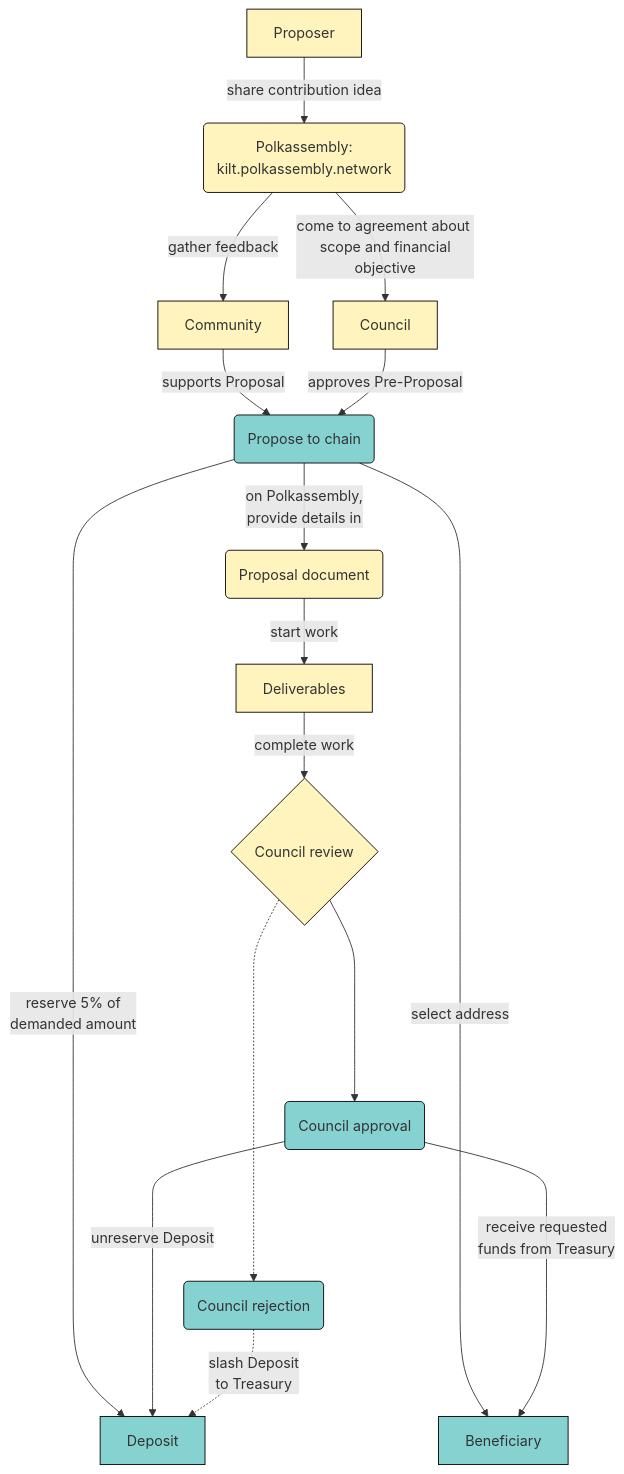
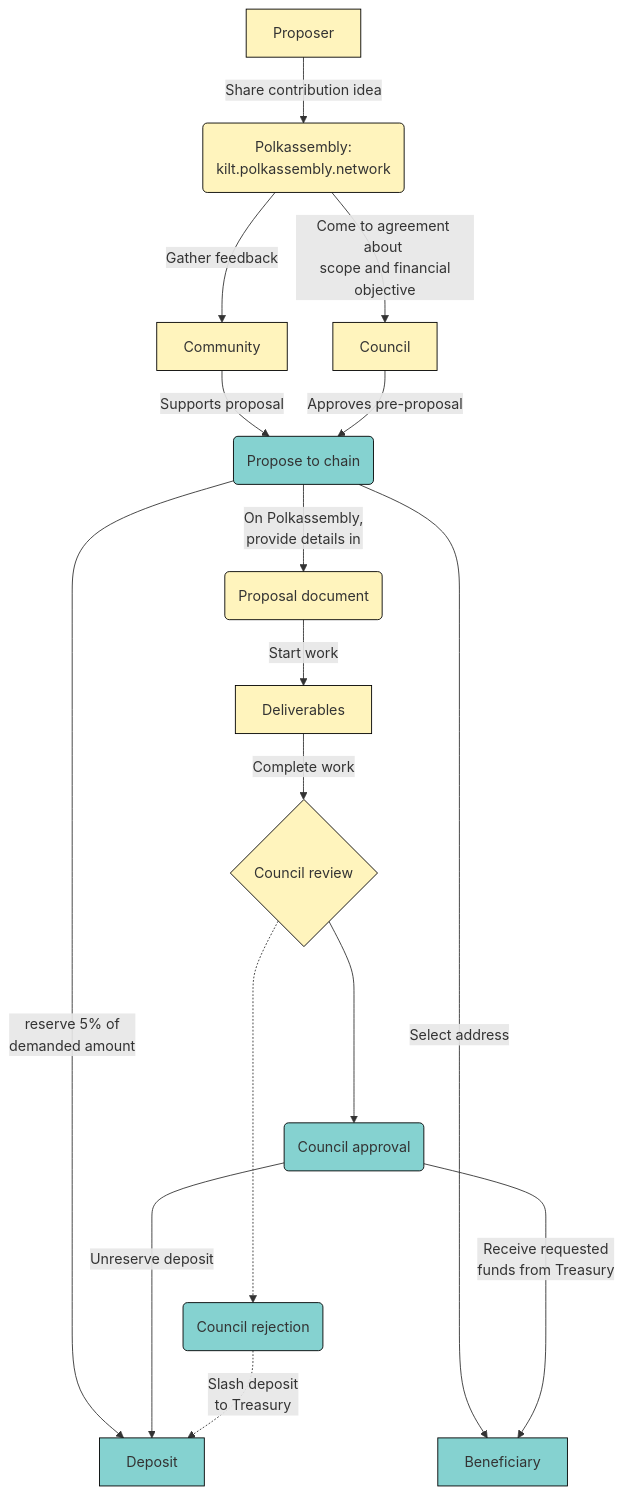
The diagram in docs/participate/03_treasury_proposal.md (KILTprotocol/docs), drawn with Mermaid before and after one commit. The commit also changed other lines of this file and 30 other files, not shown here.

````diff
--- a/docs/participate/03_treasury_proposal.md
+++ b/docs/participate/03_treasury_proposal.md
@@ -69,37 +69,37 @@
 ```mermaid
 flowchart TD
     %% nodes
-    Proposer --> |"share contribution idea"|Discuss("Polkassembly: \n kilt.polkassembly.network")
-    Discuss --> |"gather feedback"|Community
-    Discuss --> |"come to agreement about \n scope and financial objective"|Council
-    Community --> |"supports Proposal"|Propose("Propose to chain")
-    Council --> |"approves Pre-Proposal"|Propose
+    Proposer --> |"Share contribution idea"|Discuss("Polkassembly: \n kilt.polkassembly.network")
+    Discuss --> |"Gather feedback"|Community
+    Discuss --> |"Come to agreement about \n scope and financial objective"|Council
+    Community --> |"Supports proposal"|Propose("Propose to chain")
+    Council --> |"Approves pre-proposal"|Propose
     Propose --> |"reserve 5% of \n demanded amount \n"|Deposit
-    Propose --> |"on Polkassembly, \n provide details in"|Document("Proposal document")
-    Propose ----> |"select address"|Beneficiary
-    Document --> |"start work"|Deliverables
-    Deliverables --> |"complete work"|Council_Review{"Council review"}
+    Propose --> |"On Polkassembly, \n provide details in"|Document("Proposal document")
+    Propose ----> |"Select address"|Beneficiary
+    Document --> |"Start work"|Deliverables
+    Deliverables --> |"Complete work"|Council_Review{"Council review"}
     Council_Review ----> Council_Approval("Council approval")
     Council_Review -...-> Council_Rejection("Council rejection")
-    Council_Approval ----> |"receive requested \n funds from Treasury"|Beneficiary
-    Council_Approval ----> |unreserve Deposit|Deposit
-    Council_Rejection -.-> |"slash Deposit \n to Treasury"|Deposit
+    Council_Approval ----> |"Receive requested \n funds from Treasury"|Beneficiary
+    Council_Approval ----> |Unreserve deposit|Deposit
+    Council_Rejection -.-> |"Slash deposit \n to Treasury"|Deposit
 
     %% class mapping
     Proposer:::ofchain
     Discuss:::ofchain
     Community:::ofchain
     Council:::ofchain
     Propose:::onchain
     Document:::ofchain
     Deliverables:::ofchain
     Council_Review:::ofchain
     Council_Approval:::onchain
     Deposit:::onchain
     Council_Rejection:::onchain
     Beneficiary:::onchain
 
     %% styling classes
     classDef ofchain fill:#FFF4BD,stroke:black, stroke-width:1px;
     classDef onchain fill:#85D2D0,stroke:black, stroke-width:1px;
 ```
````
